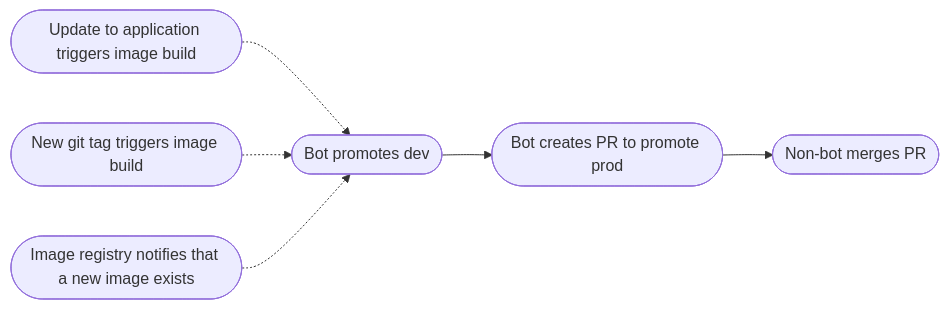
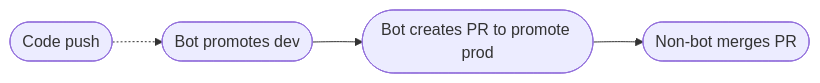
One commit to slarwise/version-promote changed the diagram in README.md. Above: the diagram before and after it, drawn with Mermaid. The commit also changed other lines of this file and 23 other files, not shown here.

````diff
--- a/README.md
+++ b/README.md
@@ -14,8 +16,6 @@
 ```mermaid
 flowchart LR
-    A1([Update to application triggers image build]) -.-> B([Bot promotes dev])
-    A2([New git tag triggers image build]) -.-> B
-    A3([Image registry notifies that a new image exists]) -.-> B
+    A([Code push]) -.-> B([Bot promotes dev])
     B --> C([Bot creates PR to promote prod])
     C --> D([Non-bot merges PR])
 ```
````
